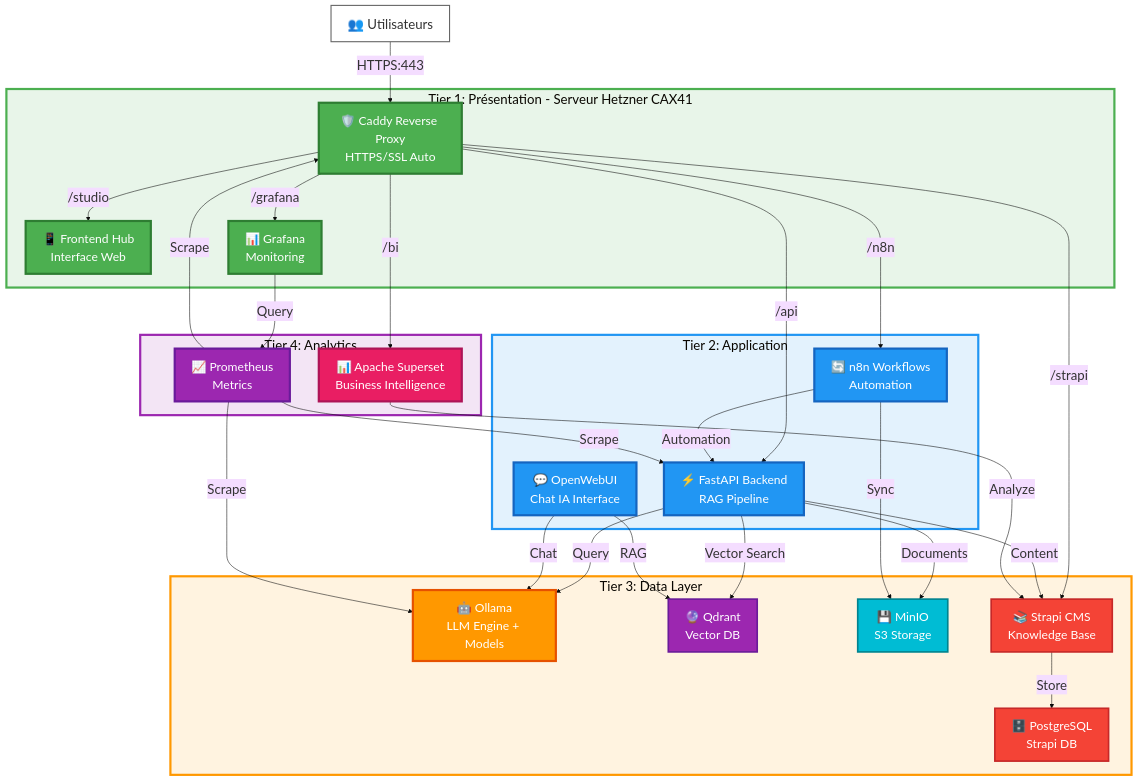
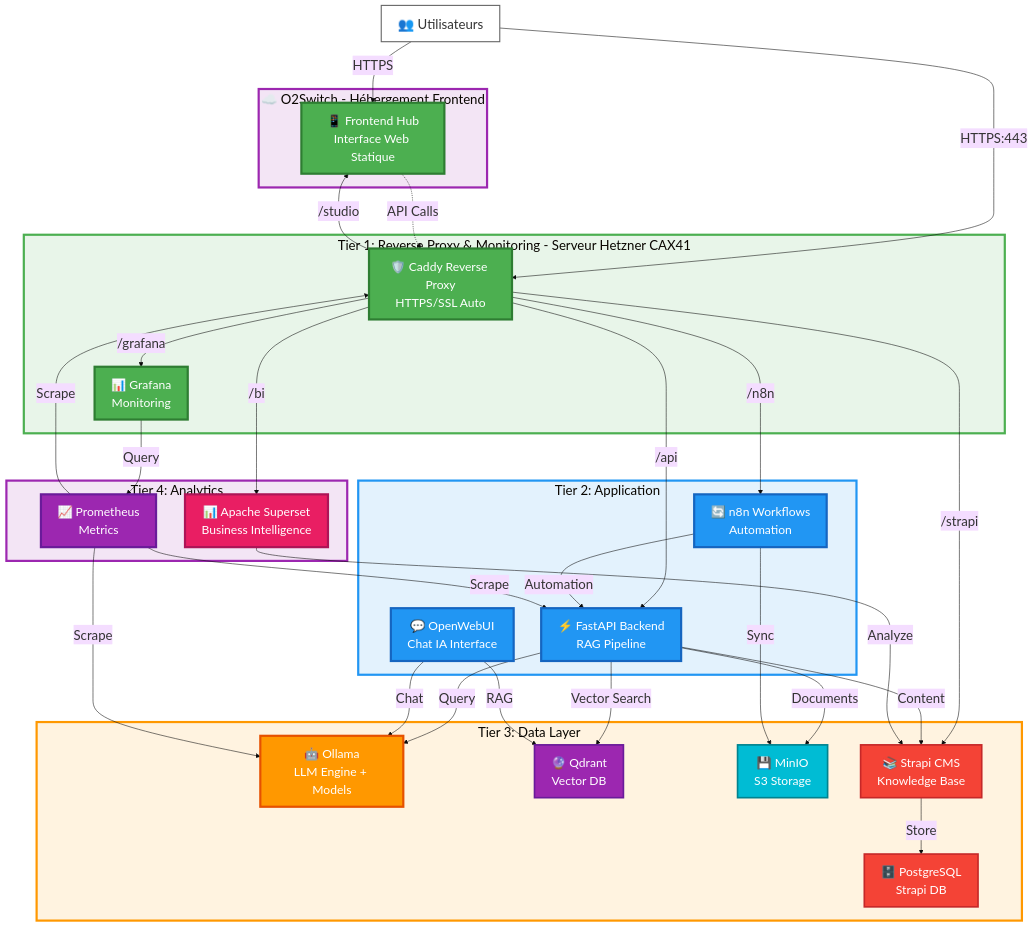
One commit to stepstev/oceanphenix-IA-souveraine-v10_2026_DOCS changed the second of 8 diagrams in docs/DIAGRAMS_MERMAID.md. Above: the diagram before and after it, drawn with Mermaid. The commit also changed other lines of this file and 1 other file, not shown here.

Commit message:
fix: Correct architecture diagrams - Frontend Hub on O2Switch, Backend on Hetzner

```diff
--- a/docs/DIAGRAMS_MERMAID.md
+++ b/docs/DIAGRAMS_MERMAID.md
@@ -89,10 +89,14 @@
     %% Internet
     Users[👥 Utilisateurs]
     
+    %% O2Switch - Frontend statique
+    subgraph O2["☁️ O2Switch - Hébergement Frontend"]
+        HubFront[📱 Frontend Hub<br/>Interface Web Statique]:::tierPresentation
+    end
+    
     %% Tier 1: Présentation - Serveur Hetzner CAX41
-    subgraph T1[" Tier 1: Présentation - Serveur Hetzner CAX41"]
+    subgraph T1[" Tier 1: Reverse Proxy & Monitoring - Serveur Hetzner CAX41"]
         Caddy[🛡️ Caddy Reverse Proxy<br/>HTTPS/SSL Auto]:::tierPresentation
-        HubFront[📱 Frontend Hub<br/>Interface Web]:::tierPresentation
         Grafana[📊 Grafana<br/>Monitoring]:::tierPresentation
     end
     
@@ -118,8 +122,10 @@
         ApacheBI[📊 Apache Superset<br/>Business Intelligence]:::tierBi
     end
     
-    %% Connexions Internet → Caddy
+    %% Connexions Internet → O2Switch & Hetzner
+    Users -->|HTTPS| HubFront
     Users -->|HTTPS:443| Caddy
+    HubFront -.->|API Calls| Caddy
     
     %% Caddy routing
     Caddy -->|/grafana| Grafana
@@ -148,6 +154,7 @@
     ApacheBI -->|Analyze| Strapi
     
     %% Styling tiers
+    style O2 fill:#F3E5F5,stroke:#9C27B0,stroke-width:4px
     style T1 fill:#E8F5E9,stroke:#4CAF50,stroke-width:4px
     style T2 fill:#E3F2FD,stroke:#2196F3,stroke-width:4px
     style T3 fill:#FFF3E0,stroke:#FF9800,stroke-width:4px
```
